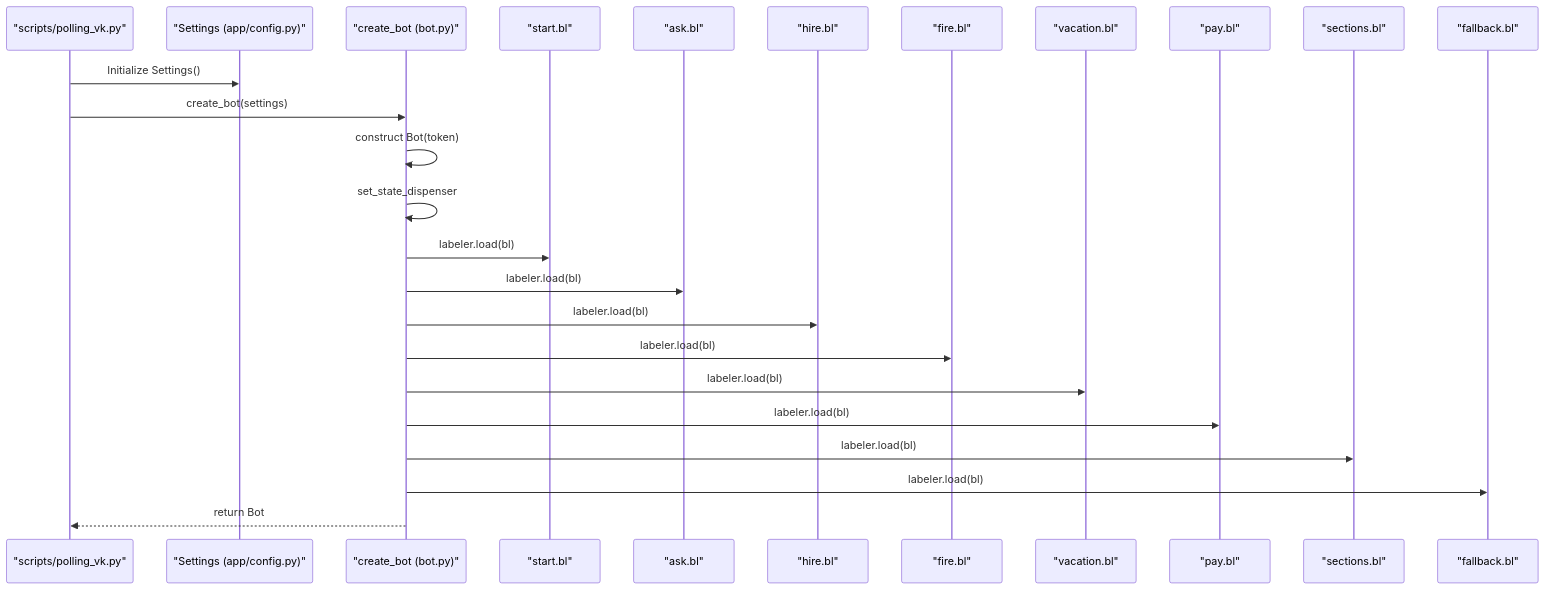
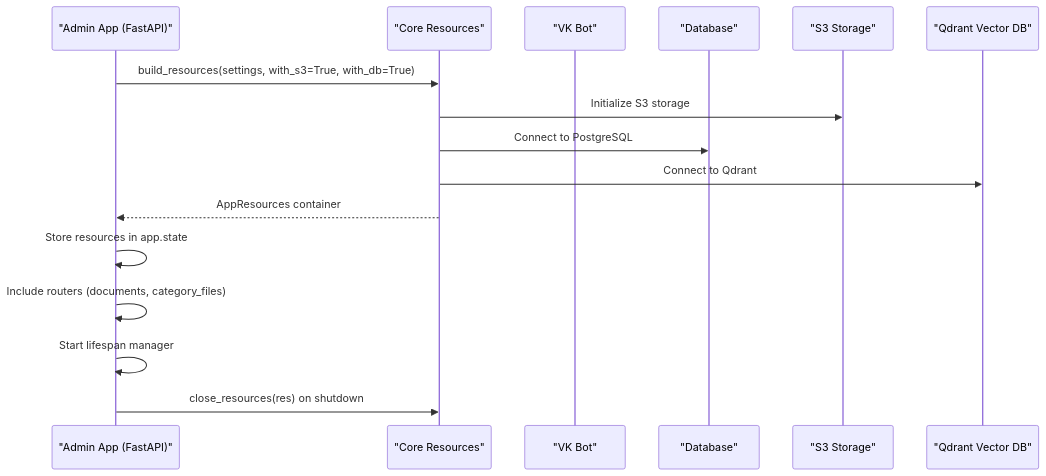
One commit to ognelis/cafetera_hr_bot changed the second of 4 diagrams in .qoder/repowiki/en/content/API Reference/API Reference.md. Above: the diagram before and after it, drawn with Mermaid. The commit also changed other lines of this file and 139 other files, not shown here.

````diff
--- a/.qoder/repowiki/en/content/API Reference/API Reference.md
+++ b/.qoder/repowiki/en/content/API Reference/API Reference.md
@@ -410,27 +424,18 @@
 ```mermaid
 sequenceDiagram
-participant Dev as "scripts/polling_vk.py"
-participant Cfg as "Settings (app/config.py)"
-participant Bot as "create_bot (bot.py)"
-participant LB_Start as "start.bl"
-participant LB_Ask as "ask.bl"
-participant LB_Hire as "hire.bl"
-participant LB_Fire as "fire.bl"
-participant LB_Vacation as "vacation.bl"
-participant LB_Pay as "pay.bl"
-participant LB_Sections as "sections.bl"
-participant LB_Fallback as "fallback.bl"
-Dev->>Cfg : Initialize Settings()
-Dev->>Bot : create_bot(settings)
-Bot->>Bot : construct Bot(token)
-Bot->>Bot : set_state_dispenser
-Bot->>LB_Start : labeler.load(bl)
-Bot->>LB_Ask : labeler.load(bl)
-Bot->>LB_Hire : labeler.load(bl)
-Bot->>LB_Fire : labeler.load(bl)
-Bot->>LB_Vacation : labeler.load(bl)
-Bot->>LB_Pay : labeler.load(bl)
-Bot->>LB_Sections : labeler.load(bl)
-Bot->>LB_Fallback : labeler.load(bl)
-Bot-->>Dev : return Bot
+participant Admin as "Admin App (FastAPI)"
+participant Core as "Core Resources"
+participant VK as "VK Bot"
+participant DB as "Database"
+participant S3 as "S3 Storage"
+participant Qdrant as "Qdrant Vector DB"
+Admin->>Core : build_resources(settings, with_s3=True, with_db=True)
+Core->>S3 : Initialize S3 storage
+Core->>DB : Connect to PostgreSQL
+Core->>Qdrant : Connect to Qdrant
+Core-->>Admin : AppResources container
+Admin->>Admin : Store resources in app.state
+Admin->>Admin : Include routers (documents, category_files)
+Admin->>Admin : Start lifespan manager
+Admin->>Core : close_resources(res) on shutdown
 ```
````
